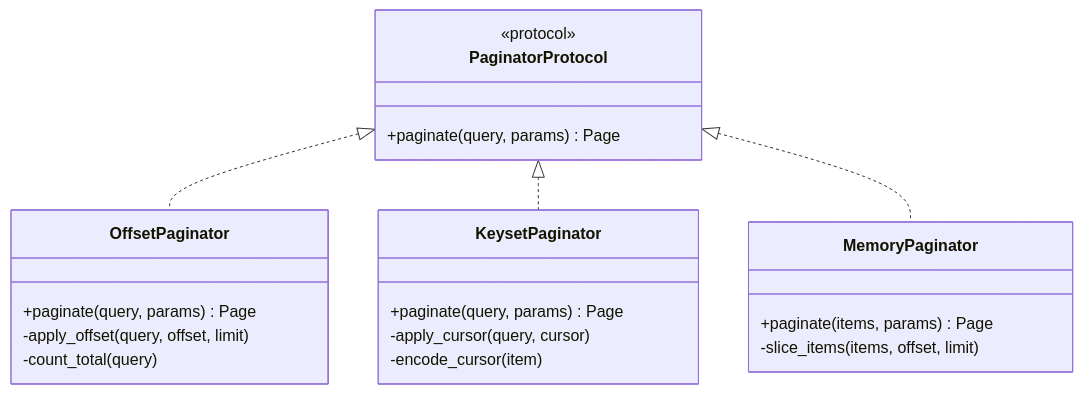
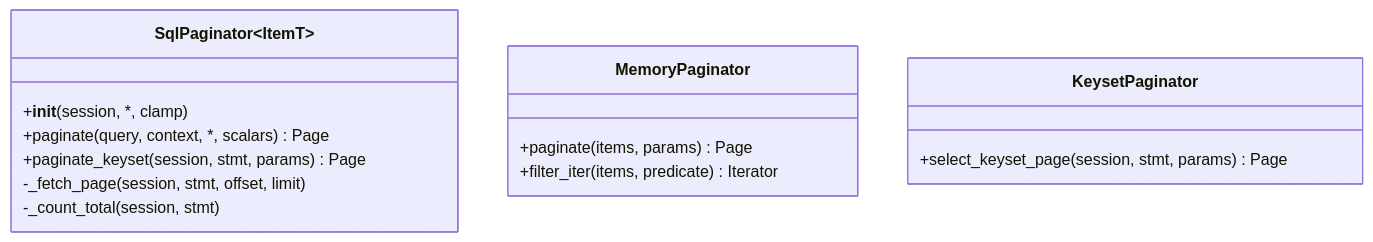
One commit to CybLow/paginate changed the second of 9 diagrams in docs/concepts/architecture.md. Above: the diagram before and after it, drawn with Mermaid. The commit also changed other lines of this file and 196 other files, not shown here.

````diff
--- a/docs/concepts/architecture.md
+++ b/docs/concepts/architecture.md
@@ -104,28 +168,19 @@
-```mermaid
+```{mermaid}
 classDiagram
-    class PaginatorProtocol {
-        <<protocol>>
-        +paginate(query, params) Page
+    class SqlPaginator~ItemT~ {
+        +__init__(session, *, clamp)
+        +paginate(query, context, *, scalars) Page
+        +paginate_keyset(session, stmt, params) Page
+        -_fetch_page(session, stmt, offset, limit)
+        -_count_total(session, stmt)
     }
-    
-    class OffsetPaginator {
-        +paginate(query, params) Page
-        -apply_offset(query, offset, limit)
-        -count_total(query)
-    }
-    
-    class KeysetPaginator {
-        +paginate(query, params) Page
-        -apply_cursor(query, cursor)
-        -encode_cursor(item)
-    }
-    
+
     class MemoryPaginator {
         +paginate(items, params) Page
-        -slice_items(items, offset, limit)
+        +filter_iter(items, predicate) Iterator
     }
-    
-    PaginatorProtocol <|.. OffsetPaginator
-    PaginatorProtocol <|.. KeysetPaginator
-    PaginatorProtocol <|.. MemoryPaginator
+
+    class KeysetPaginator {
+        +select_keyset_page(session, stmt, params) Page
+    }
 ```
````
